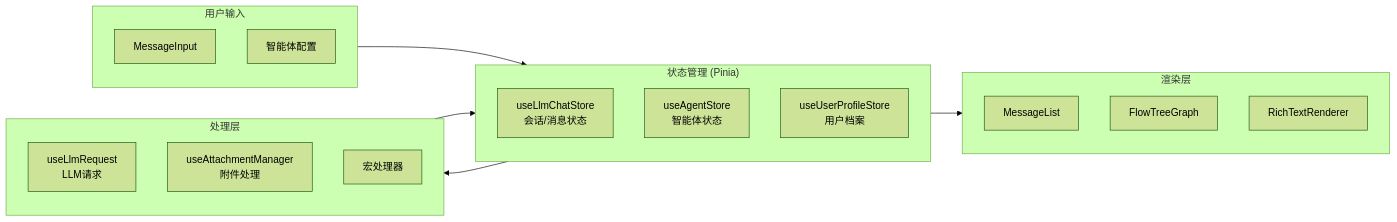
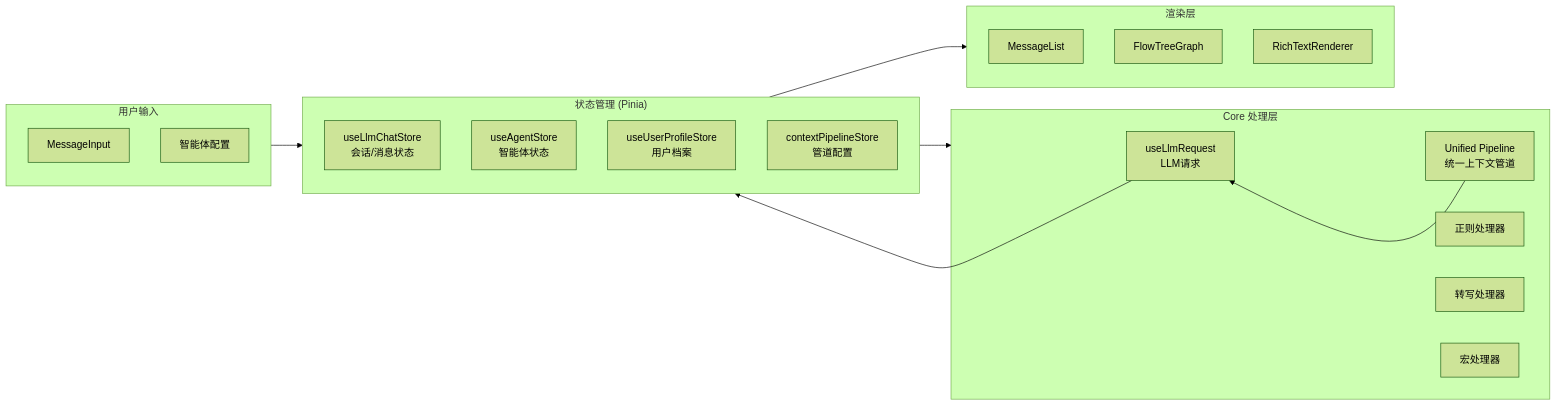
The second of 13 diagrams in docs/llm-chat-ui-structure.md (miaotouy/aio-hub), drawn with Mermaid (forest theme) before and after one commit. The commit also changed other lines of this file, not shown here.

First line of the commit message:
docs(llm-chat-ui-structure): 更新 LLM Chat UI 结构文档

````diff
--- a/docs/llm-chat-ui-structure.md
+++ b/docs/llm-chat-ui-structure.md
@@ -164,30 +201,35 @@
 ```mermaid
 flowchart LR
     subgraph UserInput["用户输入"]
         MessageInput2["MessageInput"]
         AgentConfig["智能体配置"]
     end
-    
+
     subgraph StateManagement["状态管理 (Pinia)"]
         LlmChatStore["useLlmChatStore<br/>会话/消息状态"]
         AgentStore["useAgentStore<br/>智能体状态"]
         UserProfileStore["useUserProfileStore<br/>用户档案"]
+        ContextPipelineStore["contextPipelineStore<br/>管道配置"]
     end
-    
-    subgraph Processing["处理层"]
+
+    subgraph Processing["Core 处理层"]
         LlmRequest["useLlmRequest<br/>LLM请求"]
-        AttachmentManager["useAttachmentManager<br/>附件处理"]
+        UnifiedPipeline["Unified Pipeline<br/>统一上下文管道"]
+        RegexProcessor["正则处理器"]
+        TranscriptionProcessor["转写处理器"]
         MacroProcessor["宏处理器"]
     end
-    
+
     subgraph Rendering["渲染层"]
         MessageList2["MessageList"]
         FlowTreeGraph2["FlowTreeGraph"]
         RichTextRenderer2["RichTextRenderer"]
     end
-    
+
     UserInput --> StateManagement
     StateManagement --> Processing
-    Processing --> StateManagement
+    Processing --> UnifiedPipeline
+    UnifiedPipeline --> LlmRequest
+    LlmRequest --> StateManagement
     StateManagement --> Rendering
 ```
````
